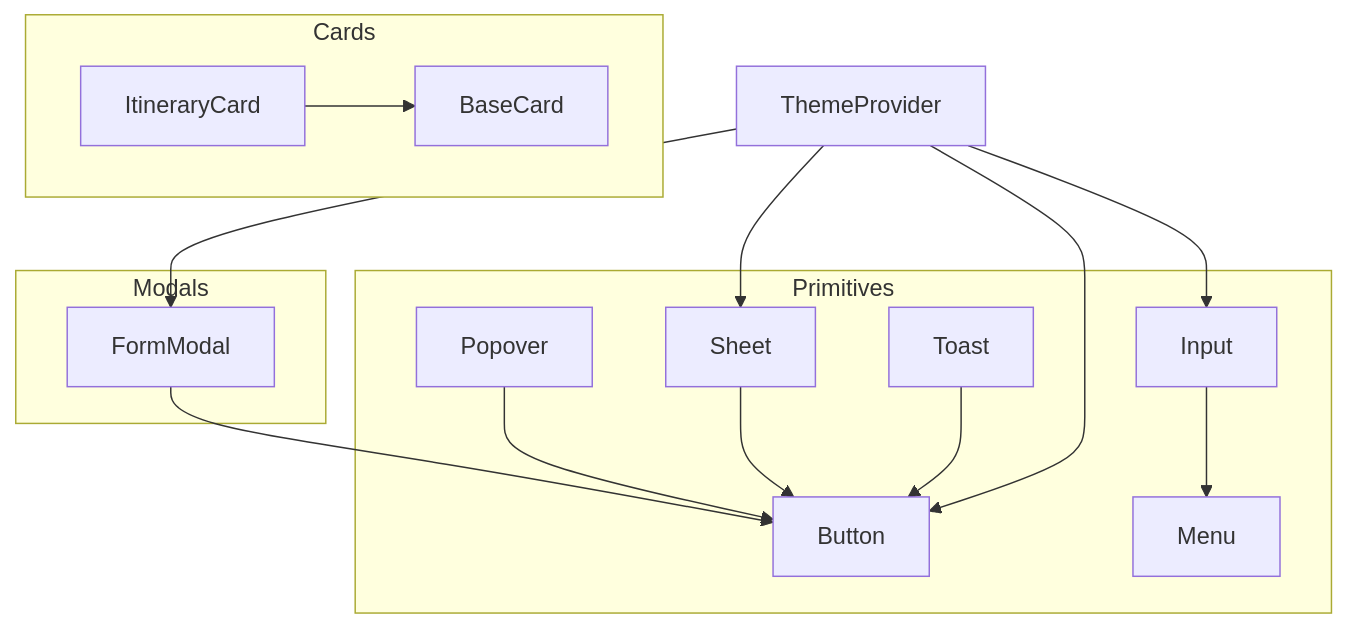
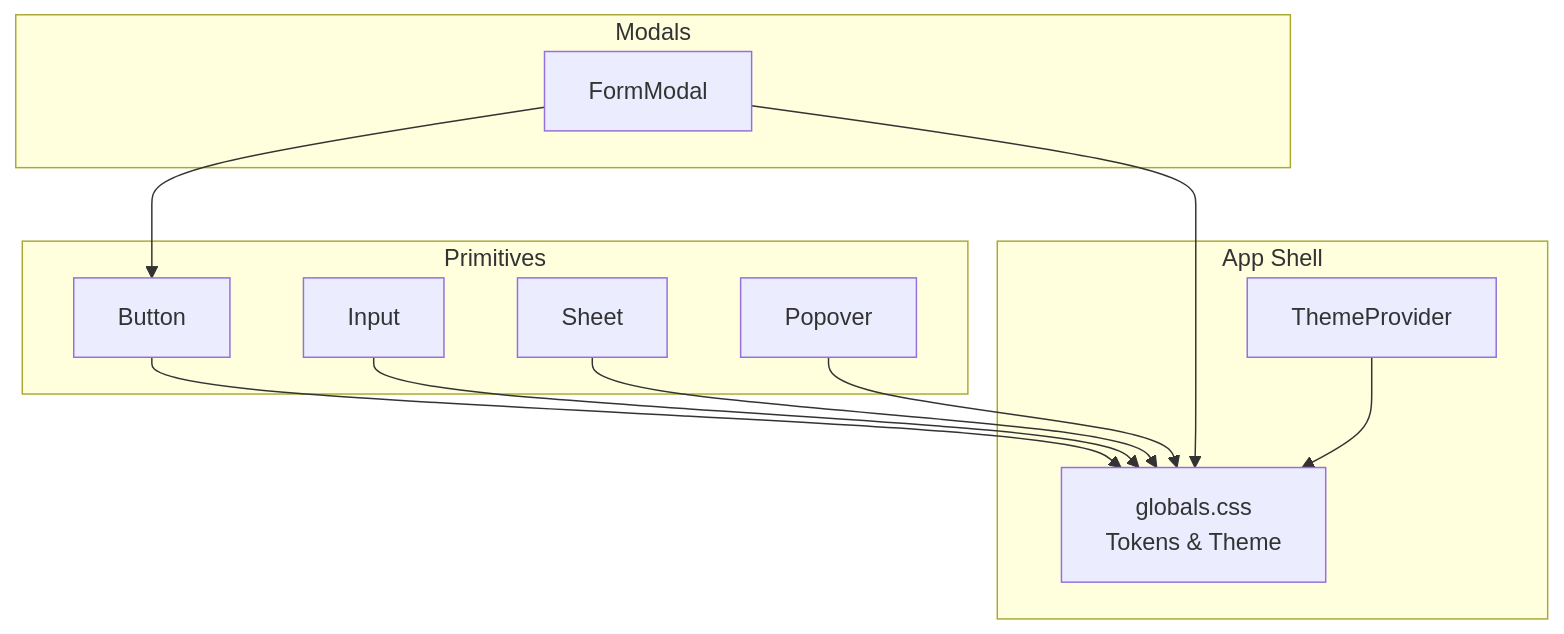
Before and after one commit to Meaetin/alibaba-hackathon: the first of 9 diagrams in .qoder/repowiki/en/content/Component Library/Component Library.md, drawn with Mermaid. The commit also changed other lines of this file and 241 other files, not shown here.

````diff
--- a/.qoder/repowiki/en/content/Component Library/Component Library.md
+++ b/.qoder/repowiki/en/content/Component Library/Component Library.md
@@ -40,29 +39,23 @@
 ```mermaid
 graph TB
 subgraph "Primitives"
 B["Button"]
 I["Input"]
-M["Menu"]
+S["Sheet"]
 P["Popover"]
-S["Sheet"]
-T["Toast"]
-end
-subgraph "Cards"
-BC["BaseCard"]
-IC["ItineraryCard"]
 end
 subgraph "Modals"
 FM["FormModal"]
 end
-TH["ThemeProvider"]
-IC --> BC
+subgraph "App Shell"
+G["globals.css<br/>Tokens & Theme"]
+T["ThemeProvider"]
+end
+B --> G
+I --> G
+S --> G
+P --> G
 FM --> B
-I --> M
-P --> B
-S --> B
-T --> B
-TH --> B
-TH --> I
-TH --> S
-TH --> FM
+FM --> G
+T --> G
 ```
````
